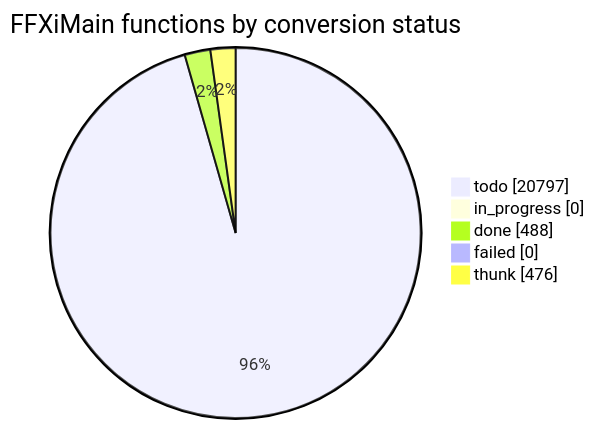
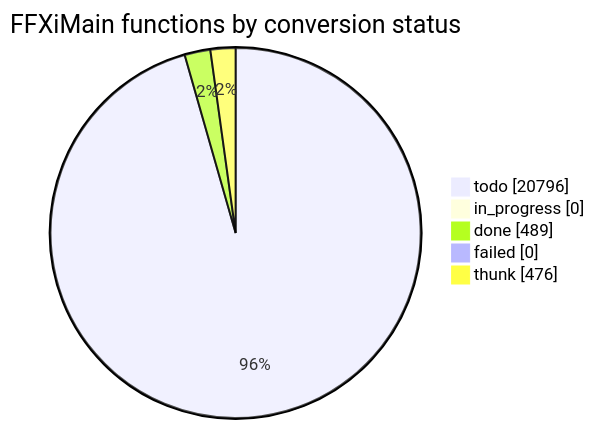
One commit to cowrevenge/cow_kuluu_xi_anything changed the diagram in docs/cow/STATUS.md. Above: the diagram before and after it, drawn with Mermaid. The commit also changed other lines of this file and 9 other files, not shown here.

````diff
--- a/docs/cow/STATUS.md
+++ b/docs/cow/STATUS.md
@@ -18,9 +18,9 @@
 ```mermaid
 pie showData
     title FFXiMain functions by conversion status
-    "todo" : 20797
+    "todo" : 20796
     "in_progress" : 0
-    "done" : 488
+    "done" : 489
     "failed" : 0
     "thunk" : 476
 ```
````
